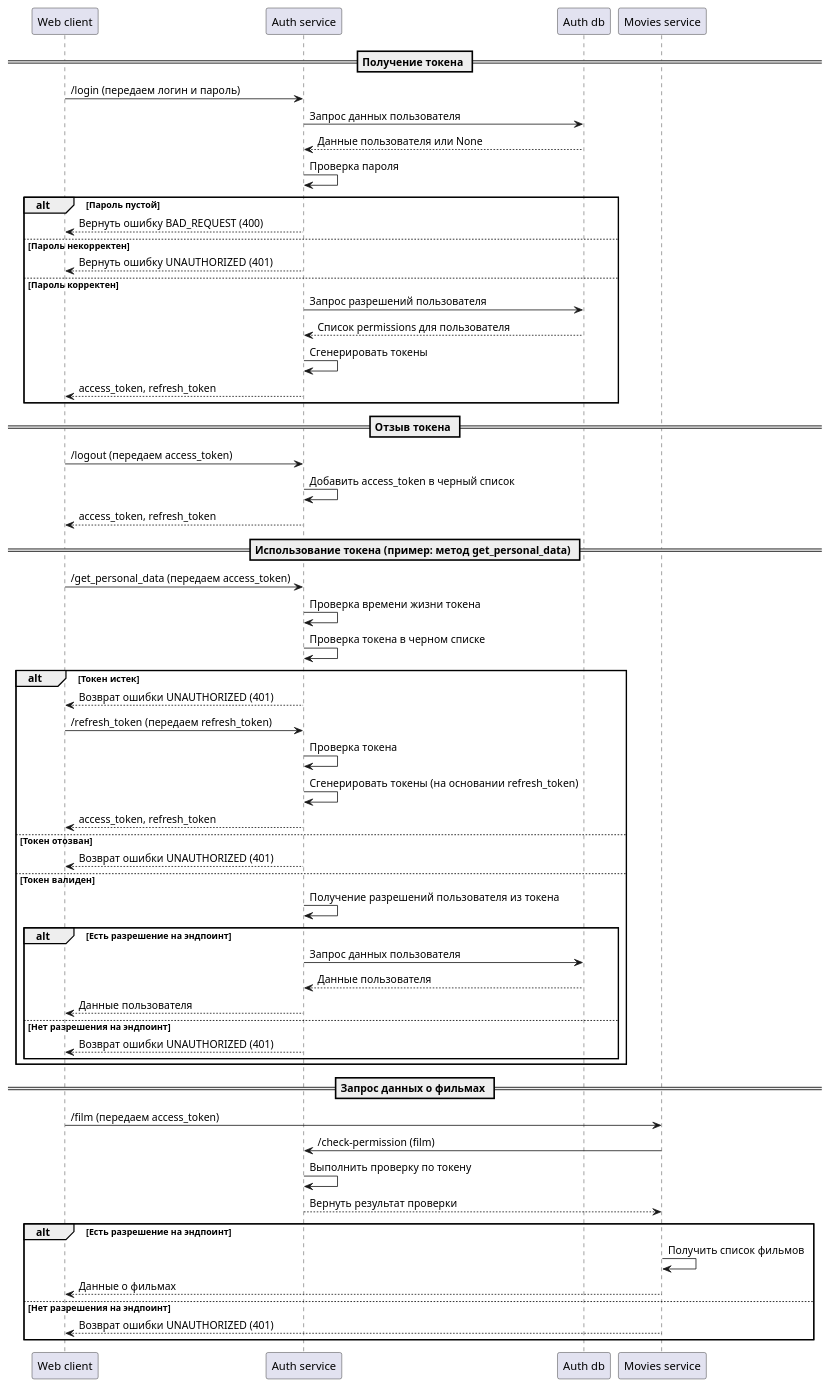
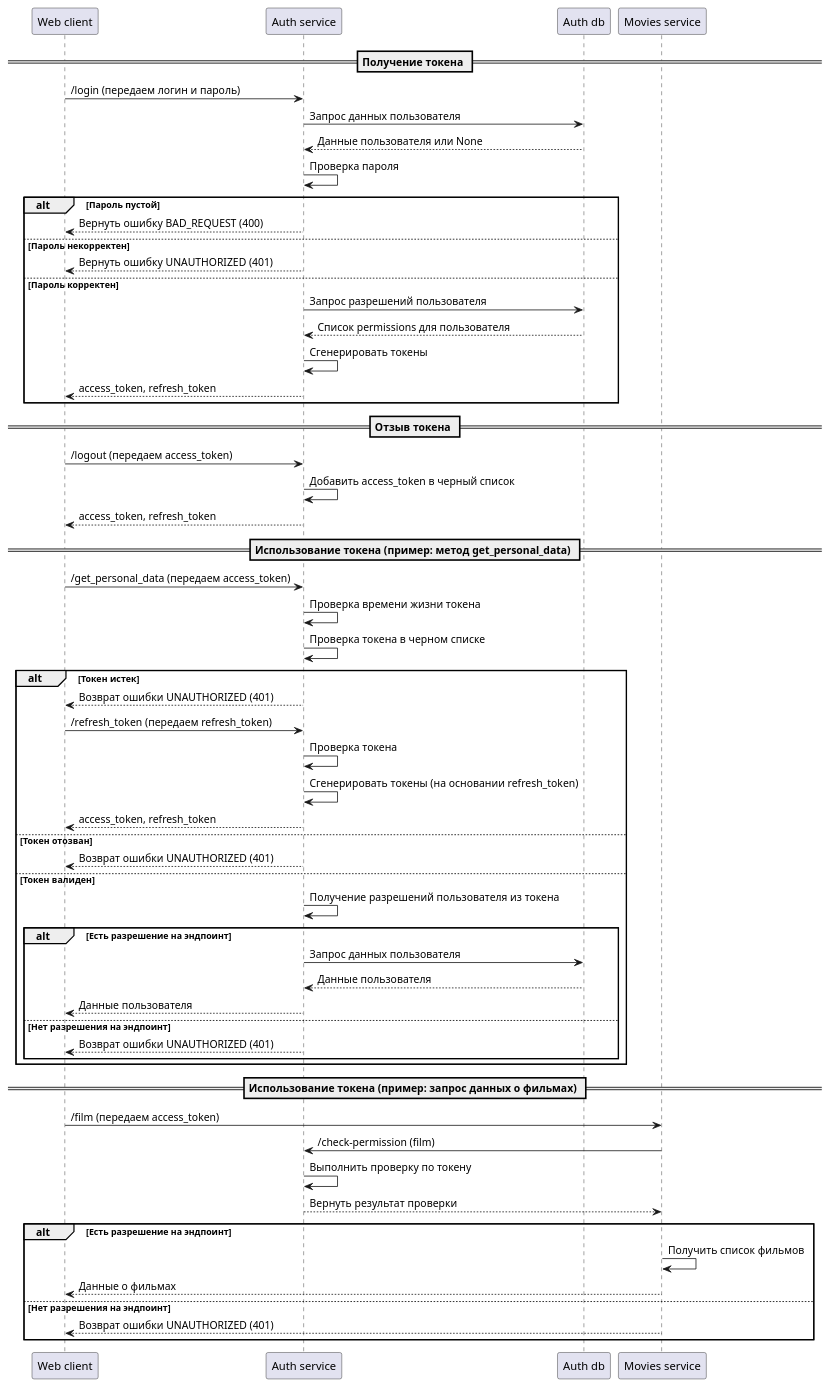
One commit to AlexanderNkn/ugc_sprint_2 changed the diagram in docs/architecture/12_architecture_tokens.puml. Above: the diagram before and after it, drawn with PlantUML.

Commit message:
Движения токенов

```diff
--- a/docs/architecture/12_architecture_tokens.puml
+++ b/docs/architecture/12_architecture_tokens.puml
@@ -1,67 +1,67 @@
 @startuml
 == Получение токена ==
 
 participant "Web client" as WebClient
 participant "Auth service" as AuthService
 participant "Auth db" as AuthDB
 participant "Movies service" as Movies
 
 WebClient -> AuthService: /login (передаем логин и пароль)
 AuthService -> AuthDB: Запрос данных пользователя
 AuthDB --> AuthService: Данные пользователя или None
 AuthService -> AuthService: Проверка пароля
 alt Пароль пустой
     WebClient <-- AuthService : Вернуть ошибку BAD_REQUEST (400)
 else Пароль некорректен
     WebClient <-- AuthService : Вернуть ошибку UNAUTHORIZED (401)
 else Пароль корректен
     AuthService -> AuthDB: Запрос разрешений пользователя
     AuthDB --> AuthService: Список permissions для пользователя
     AuthService -> AuthService: Сгенерировать токены
     AuthService --> WebClient: access_token, refresh_token
 end
 
 == Отзыв токена ==
 
 WebClient -> AuthService: /logout (передаем access_token)
 AuthService -> AuthService: Добавить access_token в черный список
 AuthService --> WebClient: access_token, refresh_token
 
 == Использование токена (пример: метод get_personal_data) ==
 
 WebClient -> AuthService: /get_personal_data (передаем access_token)
 AuthService -> AuthService: Проверка времени жизни токена
 AuthService -> AuthService: Проверка токена в черном списке
 alt Токен истек
     AuthService --> WebClient: Возврат ошибки UNAUTHORIZED (401)
     WebClient -> AuthService: /refresh_token (передаем refresh_token)
     AuthService -> AuthService: Проверка токена
     AuthService -> AuthService: Сгенерировать токены (на основании refresh_token)
     AuthService --> WebClient: access_token, refresh_token
 else Токен отозван
     AuthService --> WebClient: Возврат ошибки UNAUTHORIZED (401)
 else Токен валиден
     AuthService -> AuthService: Получение разрешений пользователя из токена
     alt Есть разрешение на эндпоинт
         AuthService -> AuthDB: Запрос данных пользователя
         AuthDB --> AuthService: Данные пользователя
         AuthService --> WebClient: Данные пользователя
     else Нет разрешения на эндпоинт
         AuthService --> WebClient: Возврат ошибки UNAUTHORIZED (401)
     end
 end
 
-== Запрос данных о фильмах ==
+== Использование токена (пример: запрос данных о фильмах) ==
 
 WebClient -> Movies: /film (передаем access_token)
 Movies -> AuthService: /check-permission (film)
 AuthService -> AuthService: Выполнить проверку по токену
 AuthService --> Movies: Вернуть результат проверки
 alt Есть разрешение на эндпоинт
     Movies -> Movies: Получить список фильмов
     Movies --> WebClient: Данные о фильмах
 else Нет разрешения на эндпоинт
     Movies --> WebClient: Возврат ошибки UNAUTHORIZED (401)
 end
 
 @enduml
```
